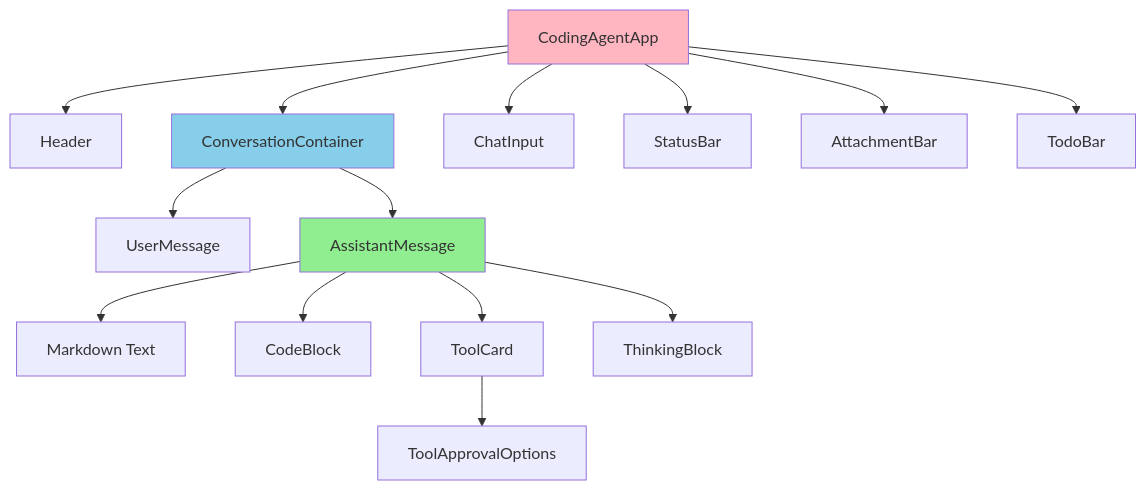
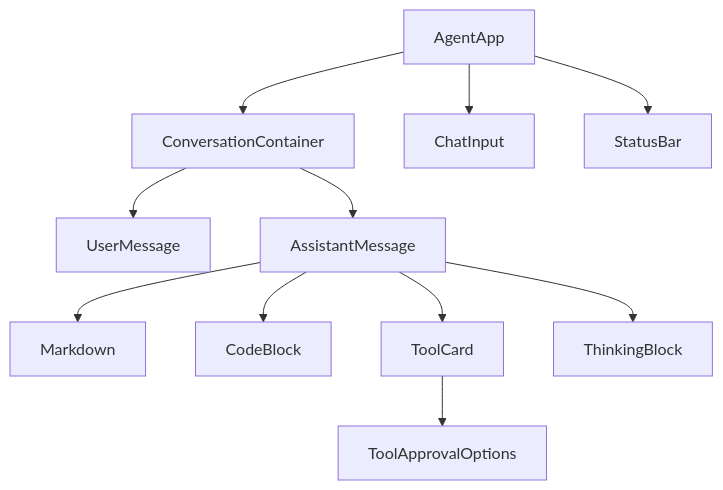
Before and after one commit to vijayjayanandan/claraity-code: the seventh of 7 diagrams in docs/TUI_PERSISTENCE_ARCHITECTURE.md, drawn with Mermaid. The commit also changed other lines of this file and 8 other files, not shown here.

First line of the commit message:
Eliminate dual text accumulation and rewrite architecture doc

````diff
--- a/docs/TUI_PERSISTENCE_ARCHITECTURE.md
+++ b/docs/TUI_PERSISTENCE_ARCHITECTURE.md
@@ -1155,24 +336,13 @@
 ```mermaid
 graph TD
-    App[CodingAgentApp]
-    App --> Header[Header]
-    App --> Conv[ConversationContainer]
+    App[AgentApp] --> Conv[ConversationContainer]
     App --> Input[ChatInput]
     App --> Status[StatusBar]
-    App --> Attach[AttachmentBar]
-    App --> Todo[TodoBar]
-    
-    Conv --> UserMsg[UserMessage]
-    Conv --> AssistMsg[AssistantMessage]
-    
-    AssistMsg --> Text[Markdown Text]
-    AssistMsg --> Code[CodeBlock]
-    AssistMsg --> Tool[ToolCard]
-    AssistMsg --> Think[ThinkingBlock]
-    
+    Conv --> UM[UserMessage]
+    Conv --> AM[AssistantMessage]
+    AM --> Text[Markdown]
+    AM --> Code[CodeBlock]
+    AM --> Tool[ToolCard]
+    AM --> Think[ThinkingBlock]
     Tool --> Approval[ToolApprovalOptions]
-    
-    style App fill:#FFB6C1
-    style Conv fill:#87CEEB
-    style AssistMsg fill:#90EE90
 ```
````
